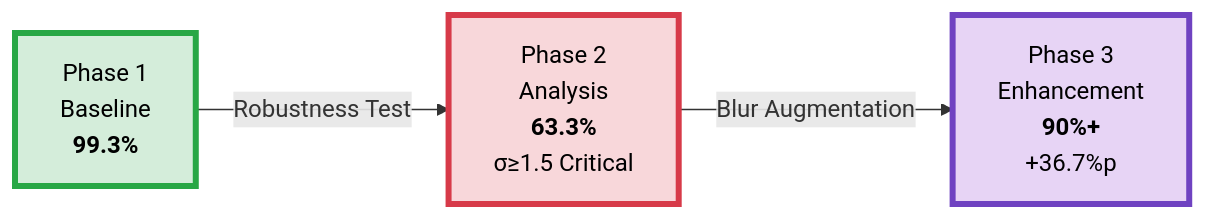
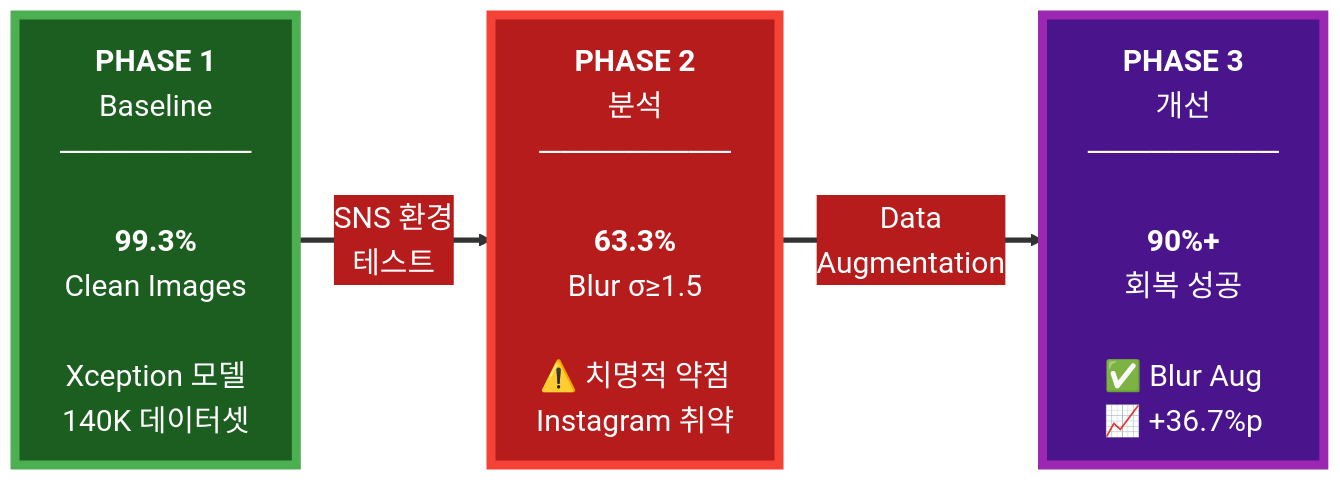
The third of 4 diagrams in README.md (ParkJH0313/DeepFAKE-Detection), drawn with Mermaid before and after one commit. The commit also changed other lines of this file, not shown here.

````diff
--- a/README.md
+++ b/README.md
@@ -74,13 +59,17 @@
 ```mermaid
+%%{init: {'theme':'base', 'themeVariables': { 'fontSize':'20px', 'primaryColor':'#1b5e20', 'primaryTextColor':'#fff', 'primaryBorderColor':'#4caf50', 'lineColor':'#333', 'secondaryColor':'#b71c1c', 'tertiaryColor':'#4a148c'}}}%%
+
 graph LR
-    A[Phase 1<br/>Baseline<br/><b>99.3%</b>] 
-    B[Phase 2<br/>Analysis<br/><b>63.3%</b><br/>σ≥1.5 Critical]
-    C[Phase 3<br/>Enhancement<br/><b>90%+</b><br/>+36.7%p]
+    A["<b>PHASE 1</b><br/>Baseline<br/>─────────<br/><br/><b>99.3%</b><br/>Clean Images<br/><br/>Xception 모델<br/>140K 데이터셋"]
     
-    A -->|Robustness Test| B
-    B -->|Blur Augmentation| C
+    B["<b>PHASE 2</b><br/>분석<br/>─────────<br/><br/><b>63.3%</b><br/>Blur σ≥1.5<br/><br/>⚠️ 치명적 약점<br/>Instagram 취약"]
     
-    style A fill:#d4edda,stroke:#28a745,stroke-width:4px,color:#000
-    style B fill:#f8d7da,stroke:#d73a49,stroke-width:4px,color:#000
-    style C fill:#e7d4f5,stroke:#6f42c1,stroke-width:4px,color:#000
+    C["<b>PHASE 3</b><br/>개선<br/>─────────<br/><br/><b>90%+</b><br/>회복 성공<br/><br/>✅ Blur Aug<br/>📈 +36.7%p"]
+    
+    A ==>|"SNS 환경<br/>테스트"| B
+    B ==>|"Data<br/>Augmentation"| C
+    
+    style A fill:#1b5e20,stroke:#4caf50,stroke-width:6px,color:#fff
+    style B fill:#b71c1c,stroke:#f44336,stroke-width:6px,color:#fff
+    style C fill:#4a148c,stroke:#9c27b0,stroke-width:6px,color:#fff
 ```
````
